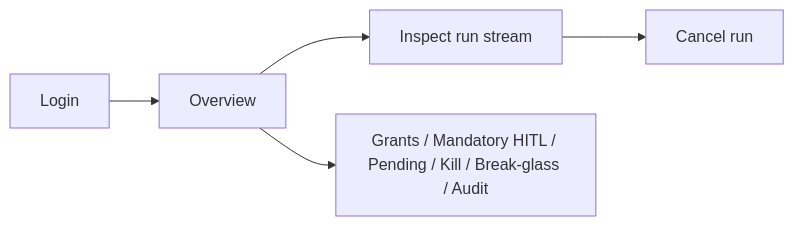
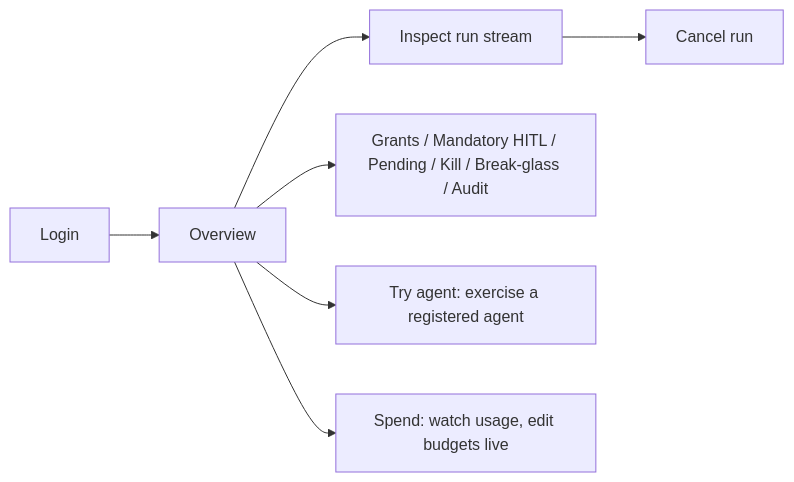
Before and after one commit to getrunkite/runkite: the diagram in docs/admin.md, drawn with Mermaid. The commit also changed other lines of this file and 15 other files, not shown here.

````diff
--- a/docs/admin.md
+++ b/docs/admin.md
@@ -85,7 +95,9 @@
 ```mermaid
 flowchart LR
   A[Login] --> B[Overview]
   B --> C[Inspect run stream]
   C --> D[Cancel run]
   B --> E[Grants / Mandatory HITL / Pending / Kill / Break-glass / Audit]
+  B --> F[Try agent: exercise a registered agent]
+  B --> G[Spend: watch usage, edit budgets live]
 ```
````
